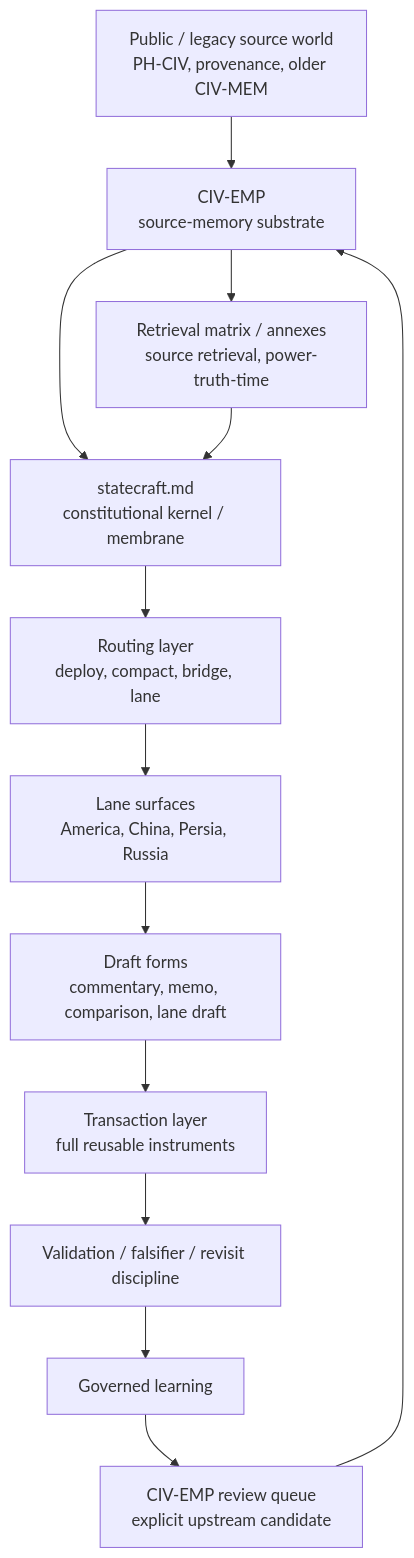
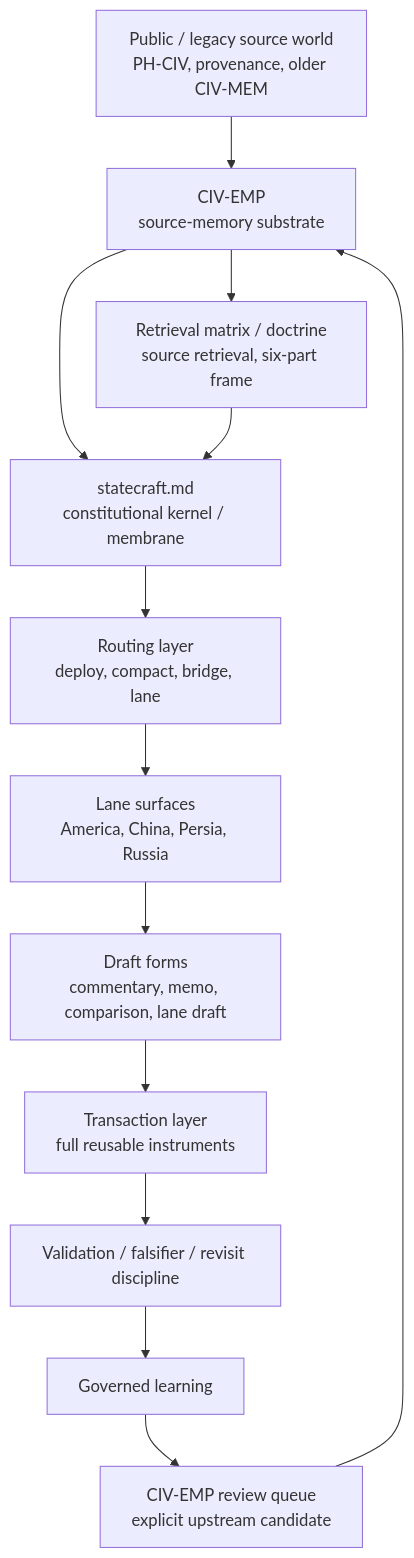
The diagram in statecraft/civ-emp/README.md (rbtkhn/strategy-codex), drawn with Mermaid before and after one commit. The commit also changed other lines of this file and 43 other files, not shown here.

````diff
--- a/statecraft/civ-emp/README.md
+++ b/statecraft/civ-emp/README.md
@@ -15,16 +15,16 @@
 ```mermaid
 flowchart TD
     A["Public / legacy source world<br/>PH-CIV, provenance, older CIV-MEM"] --> B["CIV-EMP<br/>source-memory substrate"]
     B --> C["statecraft.md<br/>constitutional kernel / membrane"]
     C --> D["Routing layer<br/>deploy, compact, bridge, lane"]
     D --> E["Lane surfaces<br/>America, China, Persia, Russia"]
     E --> F["Draft forms<br/>commentary, memo, comparison, lane draft"]
     F --> G["Transaction layer<br/>full reusable instruments"]
     G --> H["Validation / falsifier / revisit discipline"]
     H --> I["Governed learning"]
     I --> J["CIV-EMP review queue<br/>explicit upstream candidate"]
     J --> B
 
-    B --> K["Retrieval matrix / annexes<br/>source retrieval, power-truth-time"]
+    B --> K["Retrieval matrix / doctrine<br/>source retrieval, six-part frame"]
     K --> C
 ```
````
